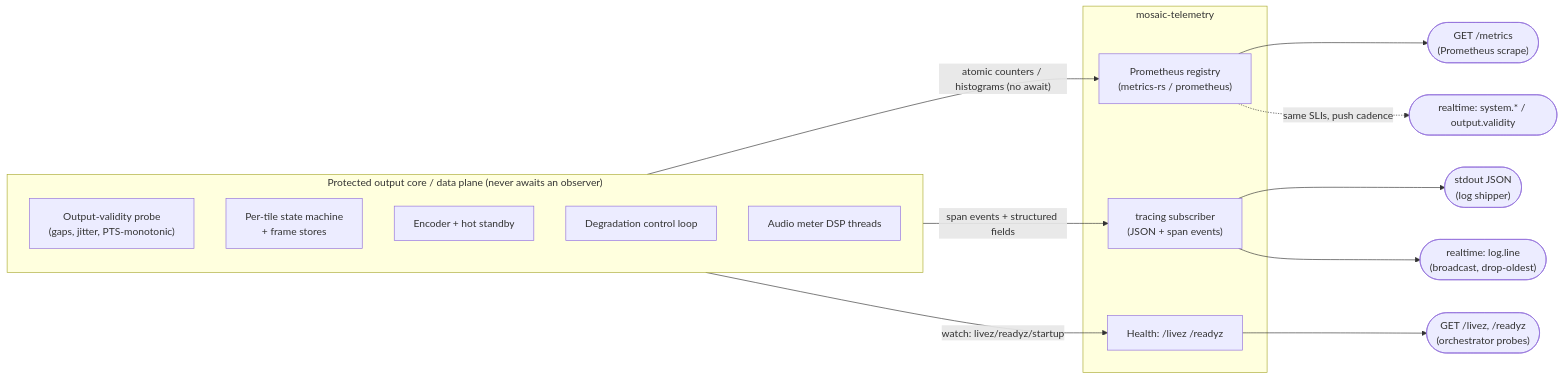
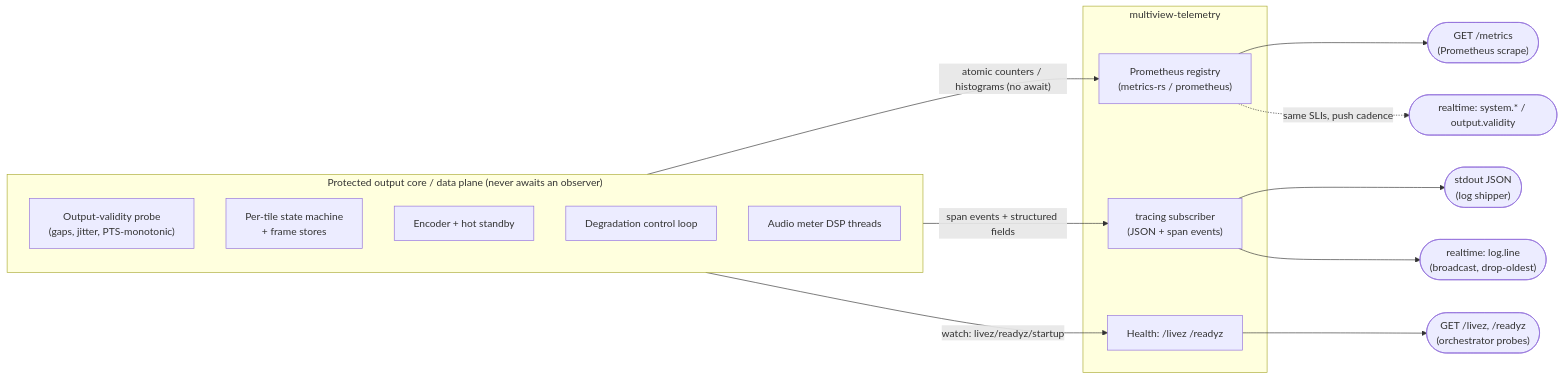
The diagram in docs/operations/observability.md (aperim/multiview), drawn with Mermaid before and after one commit. The commit also changed other lines of this file and 1009 other files, not shown here.

First line of the commit message:
refactor: rename project mosaic → multiview

````diff
--- a/docs/operations/observability.md
+++ b/docs/operations/observability.md
@@ -22,26 +22,26 @@
 ```mermaid
 flowchart LR
   subgraph Engine["Protected output core / data plane (never awaits an observer)"]
     PROBE["Output-validity probe\n(gaps, jitter, PTS-monotonic)"]
     TILE["Per-tile state machine\n+ frame stores"]
     ENC["Encoder + hot standby"]
     DEG["Degradation control loop"]
     AUD["Audio meter DSP threads"]
   end
 
-  subgraph Tele["mosaic-telemetry"]
+  subgraph Tele["multiview-telemetry"]
     REG["Prometheus registry\n(metrics-rs / prometheus)"]
     TR["tracing subscriber\n(JSON + span events)"]
     HLT["Health: /livez /readyz"]
   end
 
   Engine -- "atomic counters / histograms (no await)" --> REG
   Engine -- "span events + structured fields" --> TR
   Engine -- "watch: livez/readyz/startup" --> HLT
 
   REG --> SCRAPE(["GET /metrics\n(Prometheus scrape)"])
   HLT --> K8S(["GET /livez, /readyz\n(orchestrator probes)"])
   TR --> STDOUT(["stdout JSON\n(log shipper)"])
   TR --> WSLOG(["realtime: log.line\n(broadcast, drop-oldest)"])
   REG -. "same SLIs, push cadence" .-> WSEV(["realtime: system.* / output.validity"])
 ```
````
